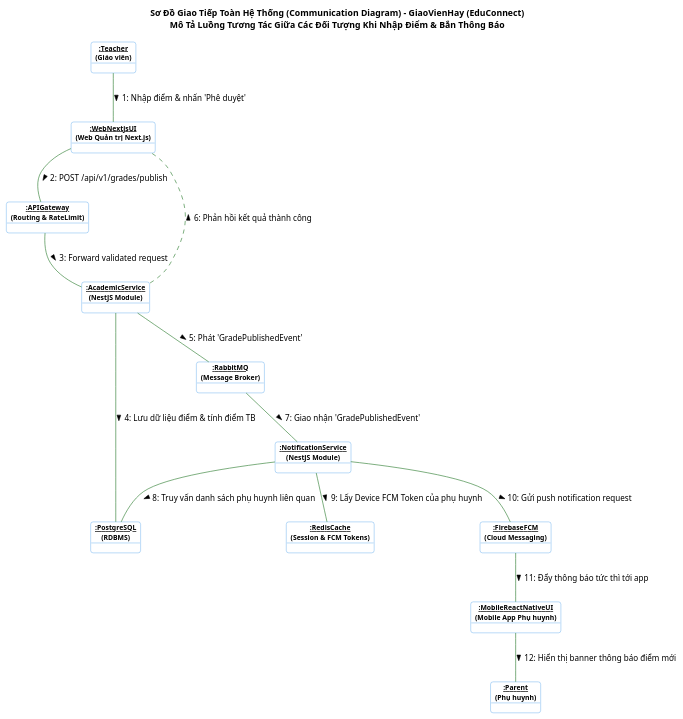
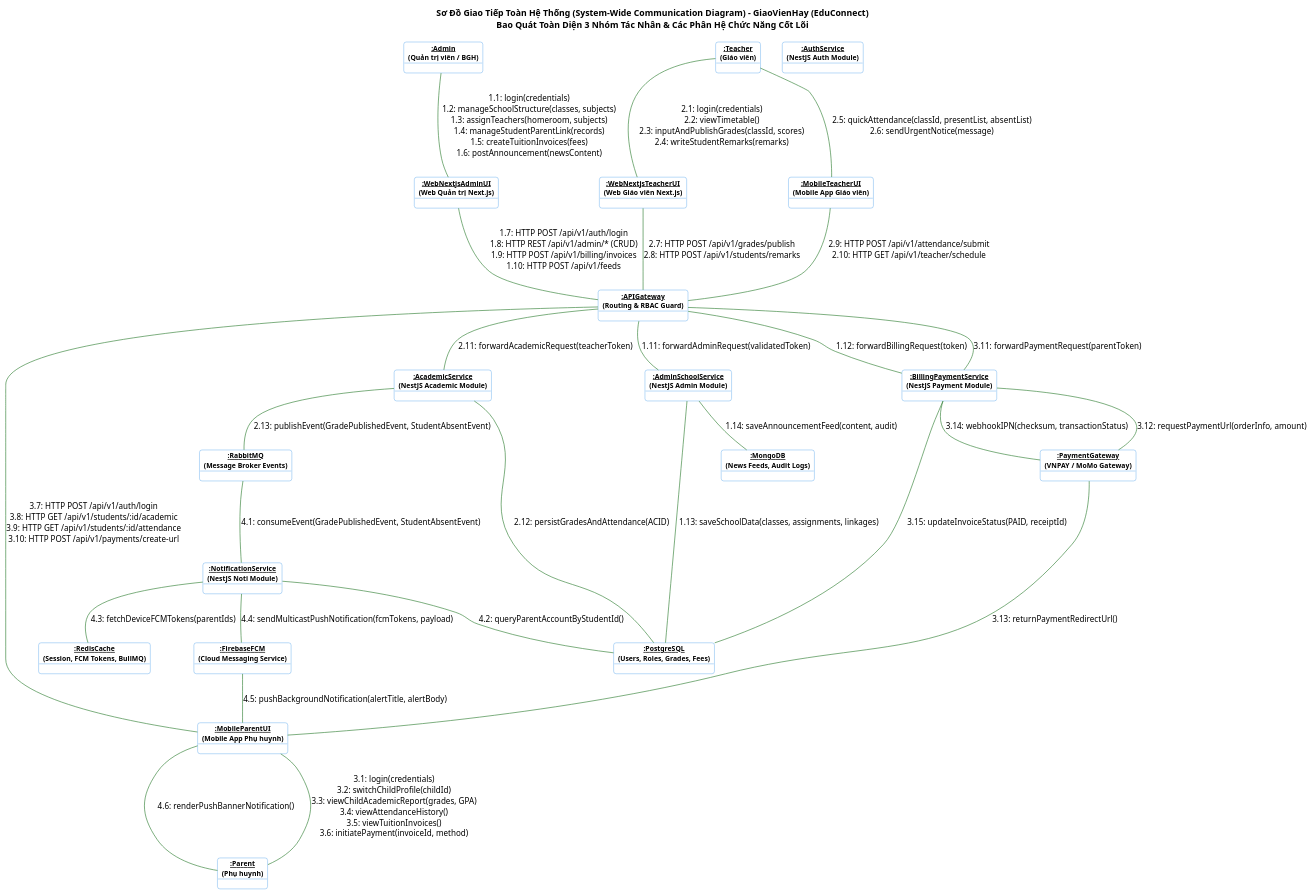
The diagram in docs/diagrams/puml/communication_diagram.puml (gray8493/GiaoVienHay), drawn with PlantUML before and after one commit. The commit also changed 2 other files, not shown here.

Commit message:
refactor(diagrams): expand UML diagrams to cover full multi-feature system across all 3 actors

```diff
--- a/docs/diagrams/puml/communication_diagram.puml
+++ b/docs/diagrams/puml/communication_diagram.puml
@@ -1,54 +1,100 @@
 @startuml
 skinparam defaultTextAlignment center
 skinparam roundCorner 8
 skinparam BoxPadding 10
 skinparam object {
     BackgroundColor #FFFFFF
     BorderColor #1E88E5
     ArrowColor #2E7D32
     FontSize 11
     FontStyle bold
 }
 
-title Sơ Đồ Giao Tiếp Toàn Hệ Thống (Communication Diagram) - GiaoVienHay (EduConnect)\nMô Tả Luồng Tương Tác Giữa Các Đối Tượng Khi Nhập Điểm & Bắn Thông Báo
+title Sơ Đồ Giao Tiếp Toàn Hệ Thống (System-Wide Communication Diagram) - GiaoVienHay (EduConnect)\nBao Quát Toàn Diện 3 Nhóm Tác Nhân & Các Phân Hệ Chức Năng Cốt Lõi
 
-' --- 1. Tác Nhân Người Dùng (Human Actors) ---
+' ==============================================================================
+' 1. CÁC TÁC NHÂN NGƯỜI DÙNG (ACTORS)
+' ==============================================================================
+object "<u>:Admin</u>\n(Quản trị viên / BGH)" as Admin
 object "<u>:Teacher</u>\n(Giáo viên)" as Teacher
 object "<u>:Parent</u>\n(Phụ huynh)" as Parent
 
-' --- 2. Giao Diện Người Dùng (UI Layer) ---
-object "<u>:WebNextjsUI</u>\n(Web Quản trị Next.js)" as WebUI
-object "<u>:MobileReactNativeUI</u>\n(Mobile App Phụ huynh)" as MobileUI
+' ==============================================================================
+' 2. TẦNG GIAO DIỆN CLIENT (PRESENTATION LAYER)
+' ==============================================================================
+object "<u>:WebNextjsAdminUI</u>\n(Web Quản trị Next.js)" as WebAdminUI
+object "<u>:WebNextjsTeacherUI</u>\n(Web Giáo viên Next.js)" as WebTeacherUI
+object "<u>:MobileTeacherUI</u>\n(Mobile App Giáo viên)" as MobileTeacherUI
+object "<u>:MobileParentUI</u>\n(Mobile App Phụ huynh)" as MobileParentUI
 
-' --- 3. Backend Chung (NestJS Platform) ---
-object "<u>:APIGateway</u>\n(Routing & RateLimit)" as Gateway
-object "<u>:AcademicService</u>\n(NestJS Module)" as AcademicSvc
-object "<u>:NotificationService</u>\n(NestJS Module)" as NotiSvc
+' ==============================================================================
+' 3. TẦNG BACKEND & API GATEWAY (NESTJS PLATFORM)
+' ==============================================================================
+object "<u>:APIGateway</u>\n(Routing & RBAC Guard)" as Gateway
+object "<u>:AuthService</u>\n(NestJS Auth Module)" as AuthSvc
+object "<u>:AdminSchoolService</u>\n(NestJS Admin Module)" as AdminSvc
+object "<u>:AcademicService</u>\n(NestJS Academic Module)" as AcademicSvc
+object "<u>:NotificationService</u>\n(NestJS Noti Module)" as NotiSvc
+object "<u>:BillingPaymentService</u>\n(NestJS Payment Module)" as PaymentSvc
 
-' --- 4. Tầng Dữ Liệu & Hàng Đợi (Storage Layer) ---
-object "<u>:PostgreSQL</u>\n(RDBMS)" as Postgres
-object "<u>:RabbitMQ</u>\n(Message Broker)" as RabbitMQ
-object "<u>:RedisCache</u>\n(Session & FCM Tokens)" as Redis
+' ==============================================================================
+' 4. TẦNG DỮ LIỆU & HÀNG ĐỢI (STORAGE & BROKER LAYER)
+' ==============================================================================
+object "<u>:PostgreSQL</u>\n(Users, Roles, Grades, Fees)" as Postgres
+object "<u>:MongoDB</u>\n(News Feeds, Audit Logs)" as Mongo
+object "<u>:RedisCache</u>\n(Session, FCM Tokens, BullMQ)" as Redis
+object "<u>:RabbitMQ</u>\n(Message Broker Events)" as RabbitMQ
 
-' --- 5. Dịch Vụ Ngoài (External Cloud) ---
-object "<u>:FirebaseFCM</u>\n(Cloud Messaging)" as FCM
+' ==============================================================================
+' 5. CÁC DỊCH VỤ NGOÀI (EXTERNAL SERVICES)
+' ==============================================================================
+object "<u>:FirebaseFCM</u>\n(Cloud Messaging Service)" as FCM
+object "<u>:PaymentGateway</u>\n(VNPAY / MoMo Gateway)" as PaymentGW
 
-' --- 6. CÁC TƯƠNG TÁC ĐÁNH SỐ (NUMBERED INTERACTIONS) ---
+' ==============================================================================
+' CÁC LUỒNG GIAO TIẾP & THÔNG ĐIỆP ĐƯỢC ĐÁNH SỐ THEO PHÂN HỆ
+' ==============================================================================
 
-Teacher -- WebUI : 1: Nhập điểm & nhấn 'Phê duyệt' >
-WebUI -- Gateway : 2: POST /api/v1/grades/publish >
-Gateway -- AcademicSvc : 3: Forward validated request >
+' --- NHÓM 1: Quản trị Trường học & Cấu hình Hệ thống (Admin -> Web Next.js) ---
+Admin -- WebAdminUI : 1.1: login(credentials)\n1.2: manageSchoolStructure(classes, subjects)\n1.3: assignTeachers(homeroom, subjects)\n1.4: manageStudentParentLink(records)\n1.5: createTuitionInvoices(fees)\n1.6: postAnnouncement(newsContent)
 
-AcademicSvc -- Postgres : 4: Lưu dữ liệu điểm & tính điểm TB >
-AcademicSvc -- RabbitMQ : 5: Phát 'GradePublishedEvent' >
-AcademicSvc .. WebUI : 6: Phản hồi kết quả thành công >
+WebAdminUI -- Gateway : 1.7: HTTP POST /api/v1/auth/login\n1.8: HTTP REST /api/v1/admin/* (CRUD)\n1.9: HTTP POST /api/v1/billing/invoices\n1.10: HTTP POST /api/v1/feeds
 
-RabbitMQ -- NotiSvc : 7: Giao nhận 'GradePublishedEvent' >
-NotiSvc -- Postgres : 8: Truy vấn danh sách phụ huynh liên quan >
-NotiSvc -- Redis : 9: Lấy Device FCM Token của phụ huynh >
-NotiSvc -- FCM : 10: Gửi push notification request >
+Gateway -- AdminSvc : 1.11: forwardAdminRequest(validatedToken)
+Gateway -- PaymentSvc : 1.12: forwardBillingRequest(token)
+AdminSvc -- Postgres : 1.13: saveSchoolData(classes, assignments, linkages)
+AdminSvc -- Mongo : 1.14: saveAnnouncementFeed(content, audit)
 
-FCM -- MobileUI : 11: Đẩy thông báo tức thì tới app >
-MobileUI -- Parent : 12: Hiển thị banner thông báo điểm mới >
+' --- NHÓM 2: Nghiệp vụ Giảng dạy & Đánh giá (Teacher -> Web & Mobile App) ---
+Teacher -- WebTeacherUI : 2.1: login(credentials)\n2.2: viewTimetable()\n2.3: inputAndPublishGrades(classId, scores)\n2.4: writeStudentRemarks(remarks)
+
+Teacher -- MobileTeacherUI : 2.5: quickAttendance(classId, presentList, absentList)\n2.6: sendUrgentNotice(message)
+
+WebTeacherUI -- Gateway : 2.7: HTTP POST /api/v1/grades/publish\n2.8: HTTP POST /api/v1/students/remarks
+MobileTeacherUI -- Gateway : 2.9: HTTP POST /api/v1/attendance/submit\n2.10: HTTP GET /api/v1/teacher/schedule
+
+Gateway -- AcademicSvc : 2.11: forwardAcademicRequest(teacherToken)
+AcademicSvc -- Postgres : 2.12: persistGradesAndAttendance(ACID)
+AcademicSvc -- RabbitMQ : 2.13: publishEvent(GradePublishedEvent, StudentAbsentEvent)
+
+' --- NHÓM 3: Cổng Phụ huynh (Parent -> Mobile App React Native) ---
+Parent -- MobileParentUI : 3.1: login(credentials)\n3.2: switchChildProfile(childId)\n3.3: viewChildAcademicReport(grades, GPA)\n3.4: viewAttendanceHistory()\n3.5: viewTuitionInvoices()\n3.6: initiatePayment(invoiceId, method)
+
+MobileParentUI -- Gateway : 3.7: HTTP POST /api/v1/auth/login\n3.8: HTTP GET /api/v1/students/:id/academic\n3.9: HTTP GET /api/v1/students/:id/attendance\n3.10: HTTP POST /api/v1/payments/create-url
+
+Gateway -- PaymentSvc : 3.11: forwardPaymentRequest(parentToken)
+PaymentSvc -- PaymentGW : 3.12: requestPaymentUrl(orderInfo, amount)
+PaymentGW -- MobileParentUI : 3.13: returnPaymentRedirectUrl()
+PaymentGW -- PaymentSvc : 3.14: webhookIPN(checksum, transactionStatus)
+PaymentSvc -- Postgres : 3.15: updateInvoiceStatus(PAID, receiptId)
+
+' --- NHÓM 4: Xử lý Bất đồng bộ & Bắn Thông Báo Đẩy Thời Gian Thực ---
+RabbitMQ -- NotiSvc : 4.1: consumeEvent(GradePublishedEvent, StudentAbsentEvent)
+NotiSvc -- Postgres : 4.2: queryParentAccountByStudentId()
+NotiSvc -- Redis : 4.3: fetchDeviceFCMTokens(parentIds)
+NotiSvc -- FCM : 4.4: sendMulticastPushNotification(fcmTokens, payload)
+
+FCM -- MobileParentUI : 4.5: pushBackgroundNotification(alertTitle, alertBody)
+MobileParentUI -- Parent : 4.6: renderPushBannerNotification()
 
 @enduml
```
